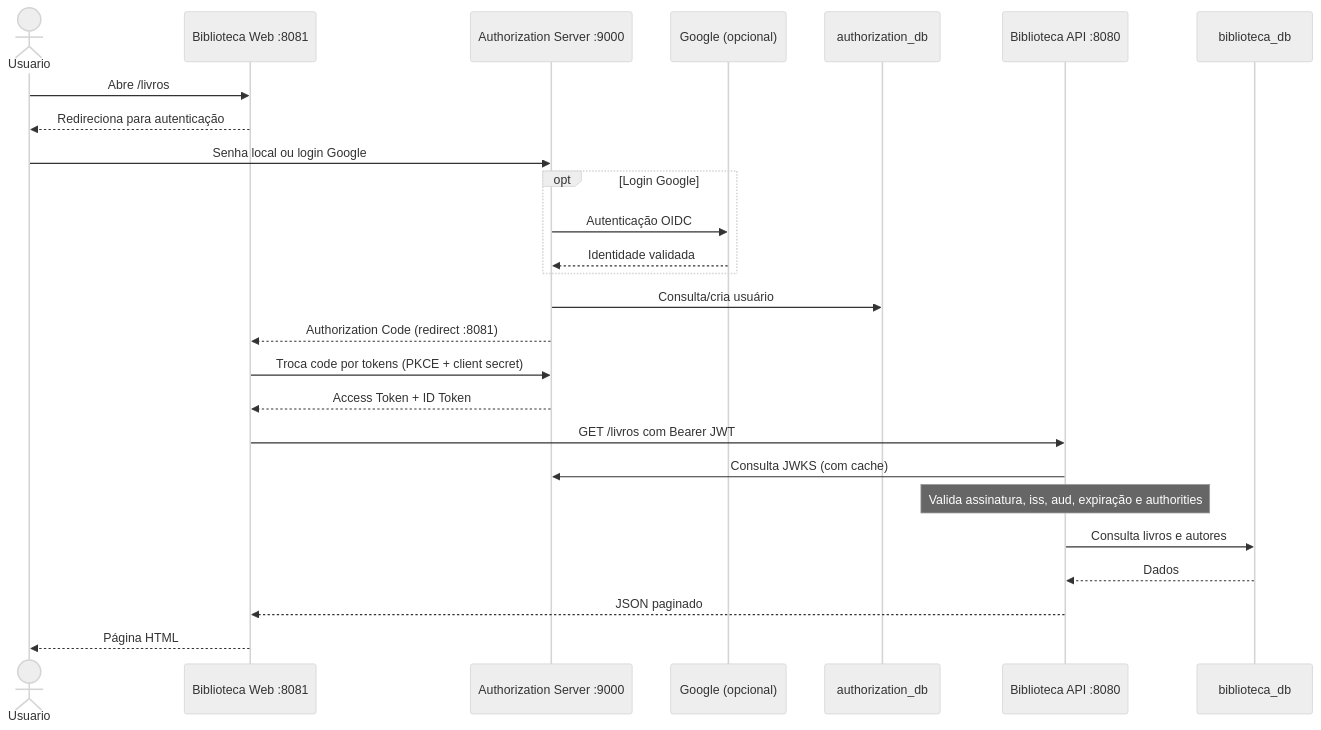
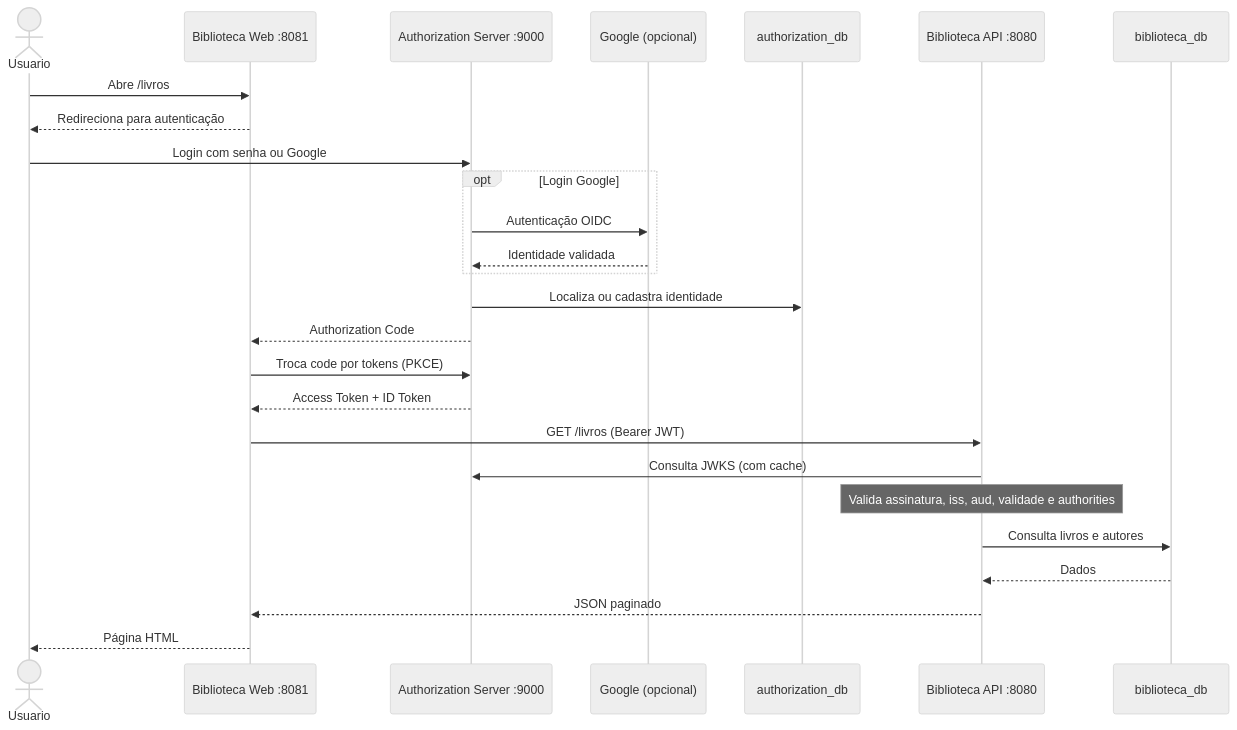
One commit to gabrielppg123/biblioteca-spring-boot changed the diagram in docs/fluxos/01-login-consulta-com-3-aplicacoes.md. Above: the diagram before and after it, drawn with Mermaid (neutral theme). The commit also changed other lines of this file and 16 other files, not shown here.

````diff
--- a/docs/fluxos/01-login-consulta-com-3-aplicacoes.md
+++ b/docs/fluxos/01-login-consulta-com-3-aplicacoes.md
@@ -3,29 +5,29 @@
 ```mermaid
 sequenceDiagram
     actor Usuario
     participant Web as Biblioteca Web :8081
     participant Auth as Authorization Server :9000
     participant Google as Google (opcional)
     participant Identidade as authorization_db
     participant API as Biblioteca API :8080
     participant Acervo as biblioteca_db
 
     Usuario->>Web: Abre /livros
     Web-->>Usuario: Redireciona para autenticação
-    Usuario->>Auth: Senha local ou login Google
+    Usuario->>Auth: Login com senha ou Google
     opt Login Google
         Auth->>Google: Autenticação OIDC
         Google-->>Auth: Identidade validada
     end
-    Auth->>Identidade: Consulta/cria usuário
-    Auth-->>Web: Authorization Code (redirect :8081)
-    Web->>Auth: Troca code por tokens (PKCE + client secret)
+    Auth->>Identidade: Localiza ou cadastra identidade
+    Auth-->>Web: Authorization Code
+    Web->>Auth: Troca code por tokens (PKCE)
     Auth-->>Web: Access Token + ID Token
-    Web->>API: GET /livros com Bearer JWT
+    Web->>API: GET /livros (Bearer JWT)
     API->>Auth: Consulta JWKS (com cache)
-    Note over API: Valida assinatura, iss, aud, expiração e authorities
+    Note over API: Valida assinatura, iss, aud, validade e authorities
     API->>Acervo: Consulta livros e autores
     Acervo-->>API: Dados
     API-->>Web: JSON paginado
     Web-->>Usuario: Página HTML
 ```
````
